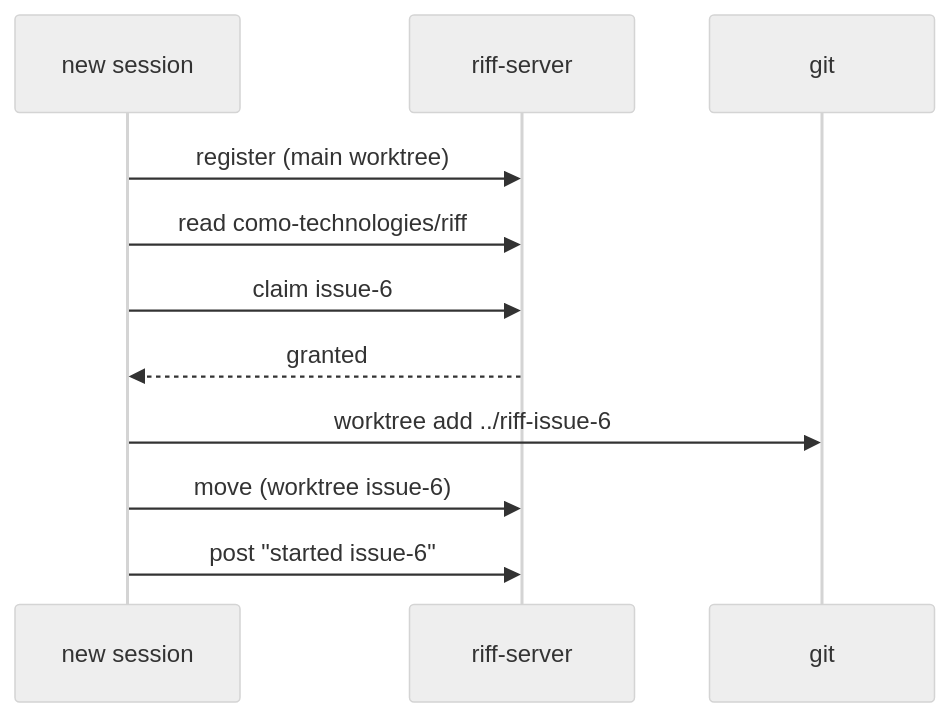
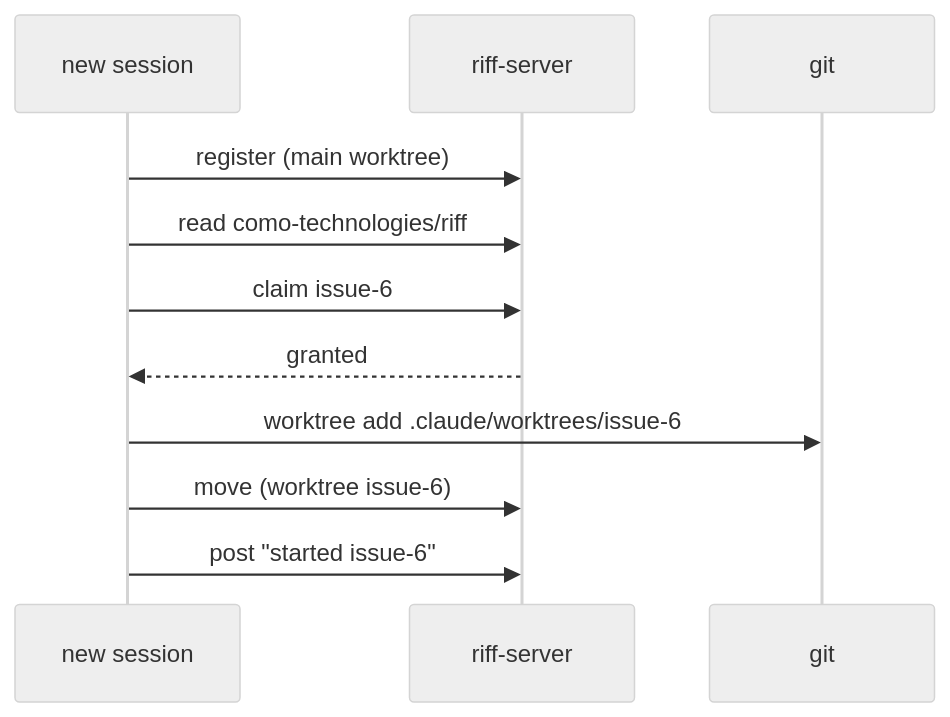
Before and after one commit to como-technologies/riff: the fourth of 7 diagrams in docs/src/how-it-works.md, drawn with Mermaid (neutral theme). The commit also changed 3 other files, not shown here.

First line of the commit message:
Make Claude worktrees in .claude/worktrees (R162, #27)

````diff
--- a/docs/src/how-it-works.md
+++ b/docs/src/how-it-works.md
@@ -88,13 +88,13 @@
 ```mermaid
 sequenceDiagram
     participant S as new session
     participant E as riff-server
     participant G as git
     S->>E: register (main worktree)
     S->>E: read como-technologies/riff
     S->>E: claim issue-6
     E-->>S: granted
-    S->>G: worktree add ../riff-issue-6
+    S->>G: worktree add .claude/worktrees/issue-6
     S->>E: move (worktree issue-6)
     S->>E: post "started issue-6"
 ```
````
